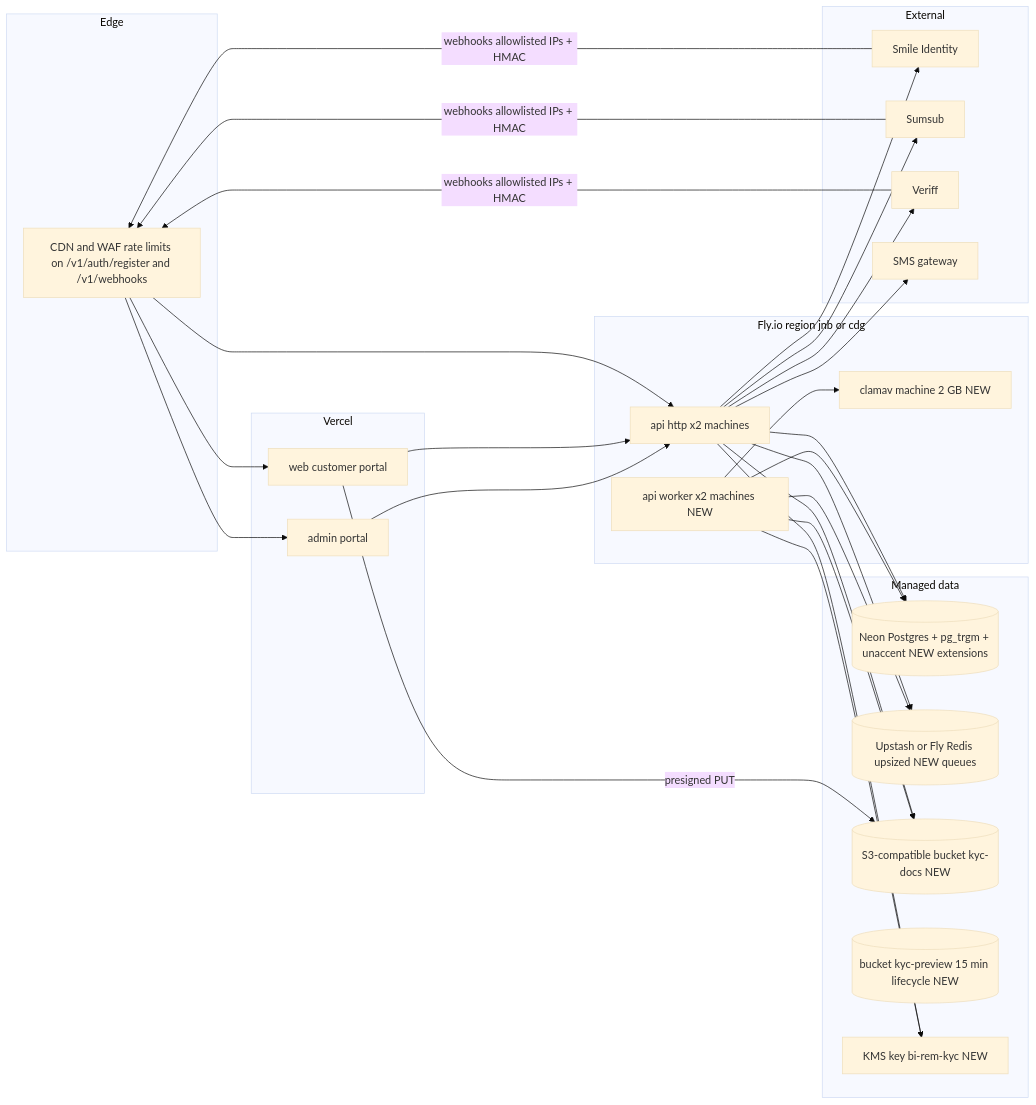
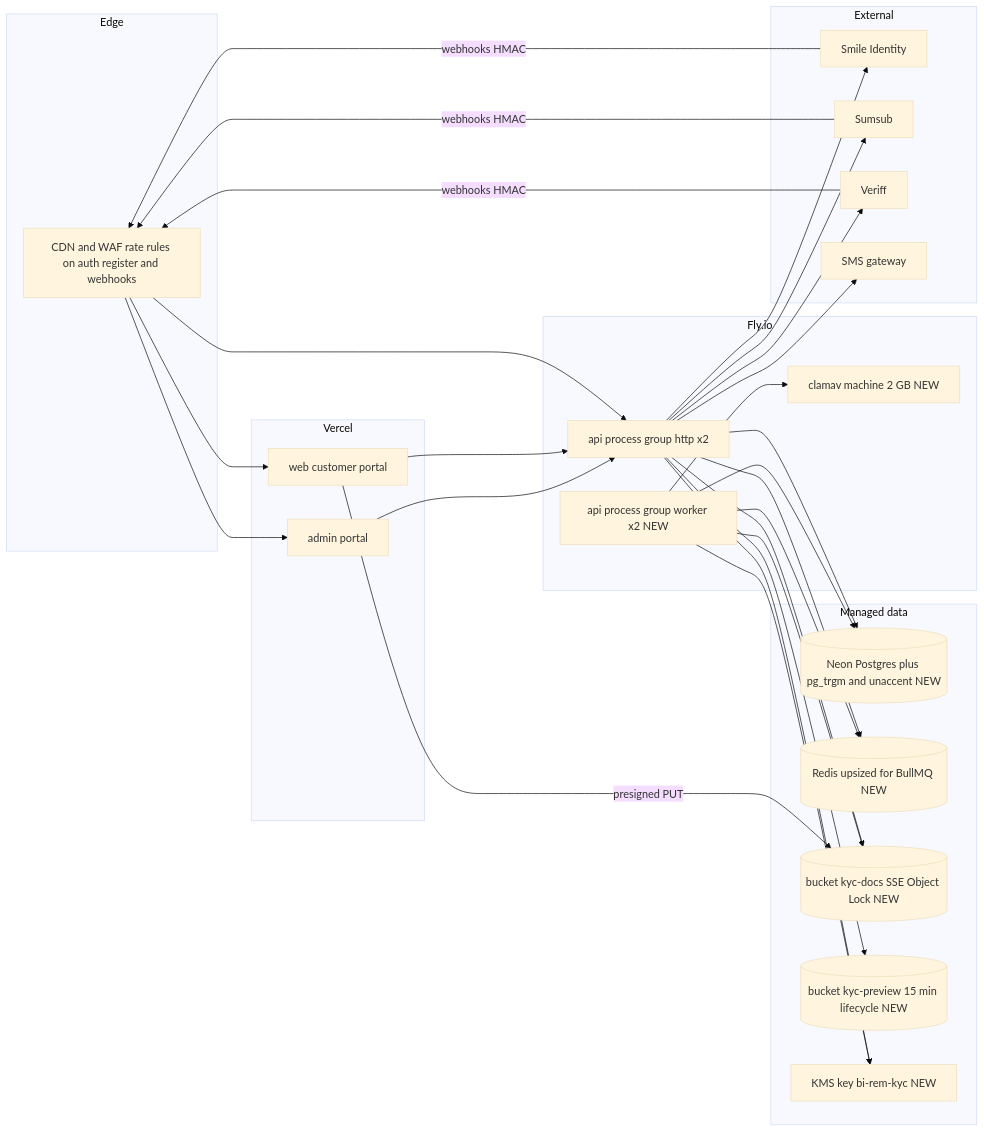
The third of 4 diagrams in docs/phases/phase-02-customer-kyc.md (wouapit999/wouapit999), drawn with Mermaid (base theme) before and after one commit. The commit also changed other lines of this file and 5 other files, not shown here.

````diff
--- a/docs/phases/phase-02-customer-kyc.md
+++ b/docs/phases/phase-02-customer-kyc.md
@@ -294,36 +281,51 @@
 ```mermaid
 flowchart LR
   subgraph Edge["Edge"]
-    CF["CDN and WAF rate limits on /v1/auth/register and /v1/webhooks"]
+    WAF["CDN and WAF rate rules on auth register and webhooks"]
   end
   subgraph Vercel["Vercel"]
     WEBV["web customer portal"]
     ADMV["admin portal"]
   end
-  subgraph Fly["Fly.io region jnb or cdg"]
-    API1["api http x2 machines"]
-    WRK["api worker x2 machines NEW"]
+  subgraph Fly["Fly.io"]
+    API1["api process group http x2"]
+    WRK["api process group worker x2 NEW"]
     CLAMD["clamav machine 2 GB NEW"]
   end
   subgraph Data["Managed data"]
-    NEON[("Neon Postgres + pg_trgm + unaccent NEW extensions")]
-    UP[("Upstash or Fly Redis upsized NEW queues")]
-    R2[("S3-compatible bucket kyc-docs NEW")]
-    R2P[("bucket kyc-preview 15 min lifecycle NEW")]
+    NEON[("Neon Postgres plus pg_trgm and unaccent NEW")]
+    RED[("Redis upsized for BullMQ NEW")]
+    B1[("bucket kyc-docs SSE Object Lock NEW")]
+    B2[("bucket kyc-preview 15 min lifecycle NEW")]
     KMSK["KMS key bi-rem-kyc NEW"]
   end
   subgraph Ext["External"]
     SM["Smile Identity"]
     SU["Sumsub"]
     VE["Veriff"]
-    SMSG["SMS gateway"]
+    SG["SMS gateway"]
   end
-  CF --> WEBV & ADMV & API1
+  WAF --> WEBV
+  WAF --> ADMV
+  WAF --> API1
   WEBV --> API1
   ADMV --> API1
-  WEBV -- "presigned PUT" --> R2
-  API1 --> NEON & UP & R2 & KMSK
-  WRK --> NEON & UP & R2 & KMSK & CLAMD
-  API1 --> SM & SU & VE & SMSG
-  SM & SU & VE -- "webhooks allowlisted IPs + HMAC" --> CF
+  WEBV -- "presigned PUT" --> B1
+  API1 --> NEON
+  API1 --> RED
+  API1 --> B1
+  API1 --> B2
+  API1 --> KMSK
+  WRK --> NEON
+  WRK --> RED
+  WRK --> B1
+  WRK --> KMSK
+  WRK --> CLAMD
+  API1 --> SM
+  API1 --> SU
+  API1 --> VE
+  API1 --> SG
+  SM -- "webhooks HMAC" --> WAF
+  SU -- "webhooks HMAC" --> WAF
+  VE -- "webhooks HMAC" --> WAF
 ```
````
